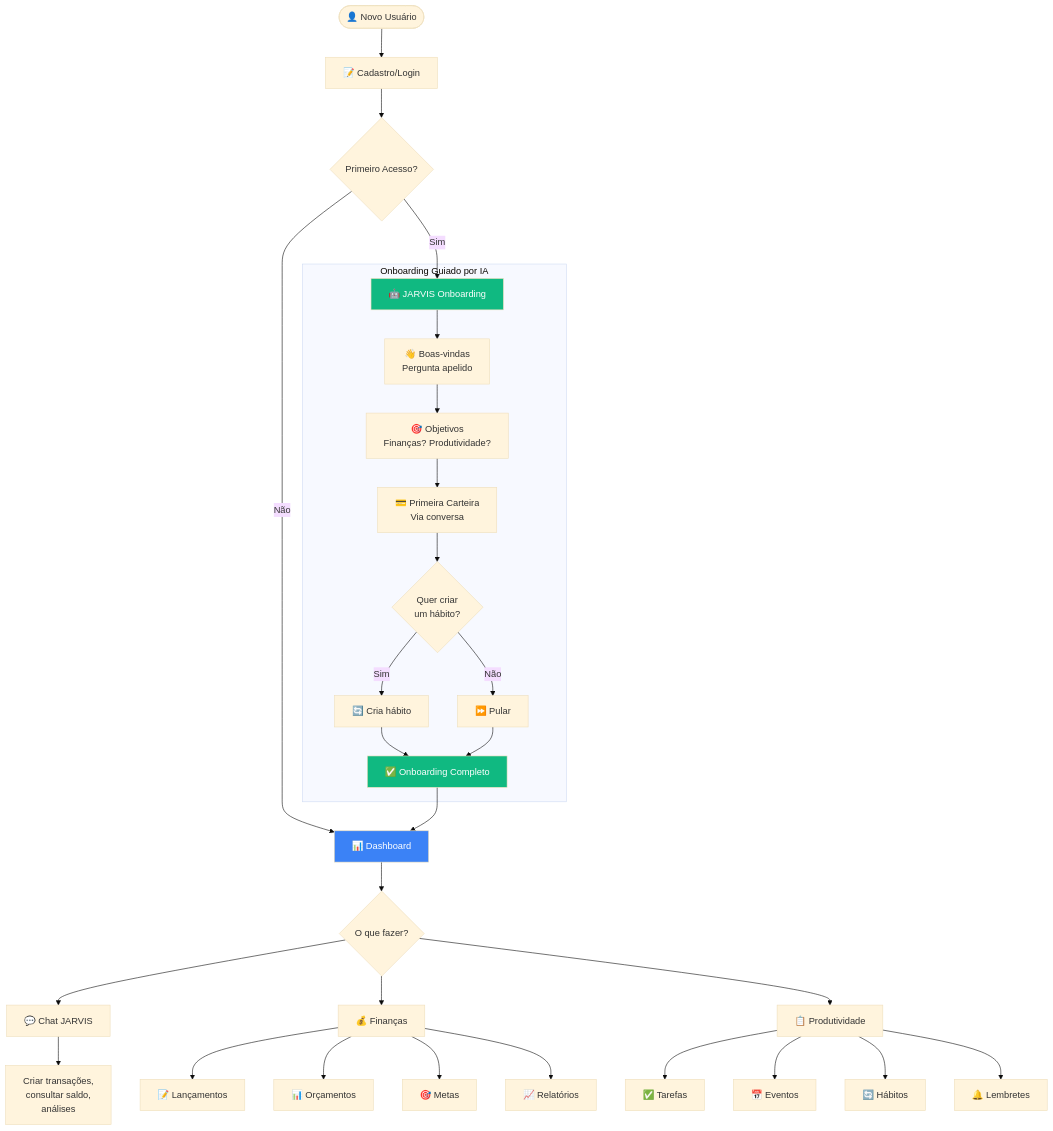
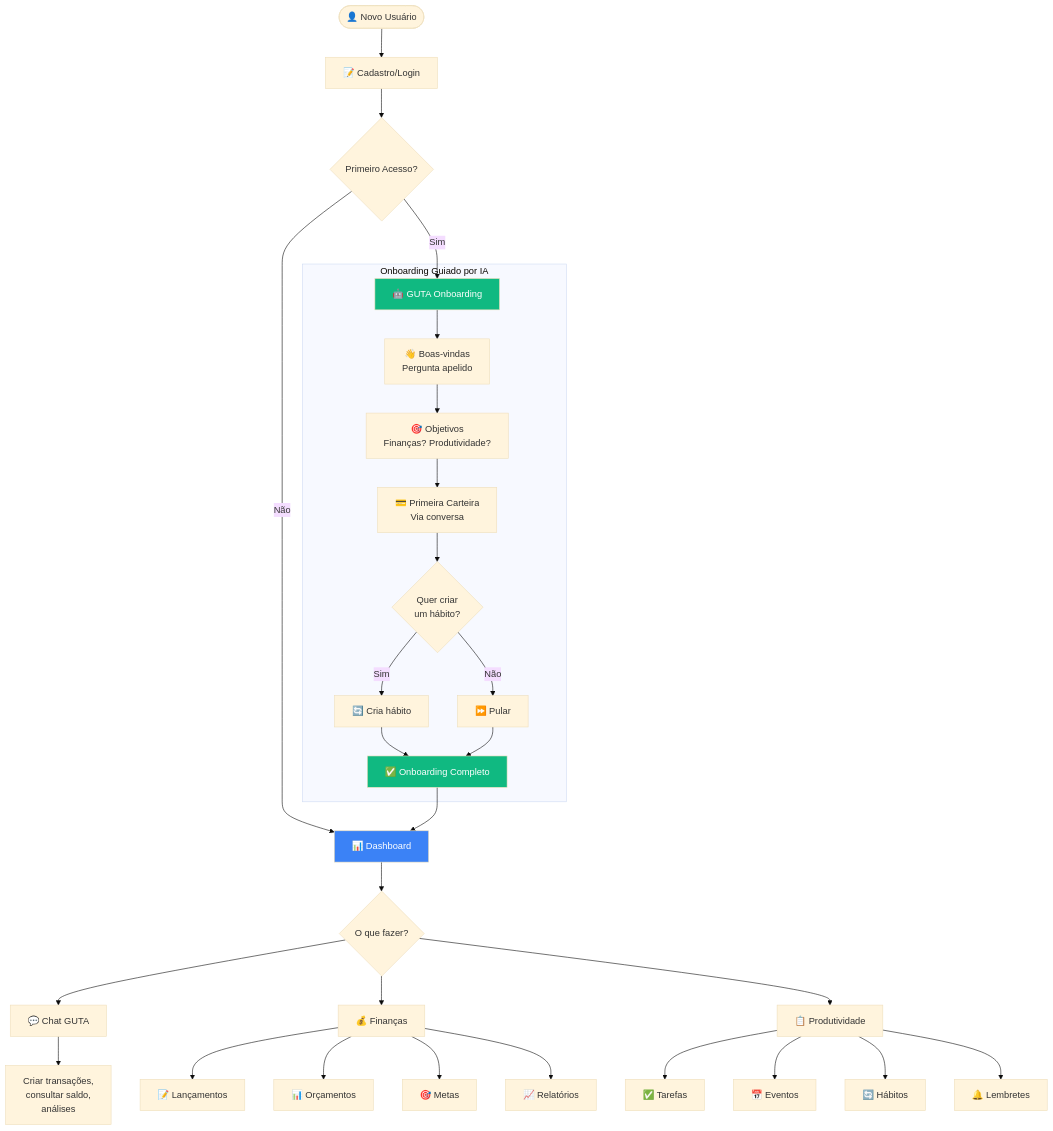
The diagram in JORNADA_CLIENTE.md (WesterlleyNeres/seu-dinheiro-planejado), drawn with Mermaid (base theme) before and after one commit. The commit also changed other lines of this file and 112 other files, not shown here.

````diff
--- a/JORNADA_CLIENTE.md
+++ b/JORNADA_CLIENTE.md
@@ -16,43 +16,43 @@
 ```mermaid
 flowchart TD
     Start([👤 Novo Usuário]) --> Signup[📝 Cadastro/Login]
     Signup --> OnboardCheck{Primeiro Acesso?}
     
-    OnboardCheck -->|Sim| Jarvis[🤖 JARVIS Onboarding]
+    OnboardCheck -->|Sim| Jarvis[🤖 GUTA Onboarding]
     OnboardCheck -->|Não| Dashboard[📊 Dashboard]
     
     subgraph Onboarding["Onboarding Guiado por IA"]
         Jarvis --> Welcome[👋 Boas-vindas<br/>Pergunta apelido]
         Welcome --> Goals[🎯 Objetivos<br/>Finanças? Produtividade?]
         Goals --> WalletSetup[💳 Primeira Carteira<br/>Via conversa]
         WalletSetup --> HabitSuggest{Quer criar<br/>um hábito?}
         HabitSuggest -->|Sim| CreateHabit[🔄 Cria hábito]
         HabitSuggest -->|Não| Skip[⏩ Pular]
         CreateHabit --> Complete[✅ Onboarding Completo]
         Skip --> Complete
     end
     
     Complete --> Dashboard
     
     Dashboard --> Navigation{O que fazer?}
     
-    Navigation --> Jarvis2[💬 Chat JARVIS]
+    Navigation --> Jarvis2[💬 Chat GUTA]
     Navigation --> Finances[💰 Finanças]
     Navigation --> Productivity[📋 Produtividade]
     
     Jarvis2 --> Actions[Criar transações,<br/>consultar saldo,<br/>análises]
     
     Finances --> Transactions[📝 Lançamentos]
     Finances --> Budgets[📊 Orçamentos]
     Finances --> Goals2[🎯 Metas]
     Finances --> Reports[📈 Relatórios]
     
     Productivity --> Tasks[✅ Tarefas]
     Productivity --> Events[📅 Eventos]
     Productivity --> Habits[🔄 Hábitos]
     Productivity --> Reminders[🔔 Lembretes]
     
     style Jarvis fill:#10b981,color:#fff
     style Complete fill:#10b981,color:#fff
     style Dashboard fill:#3b82f6,color:#fff
 ```
````
